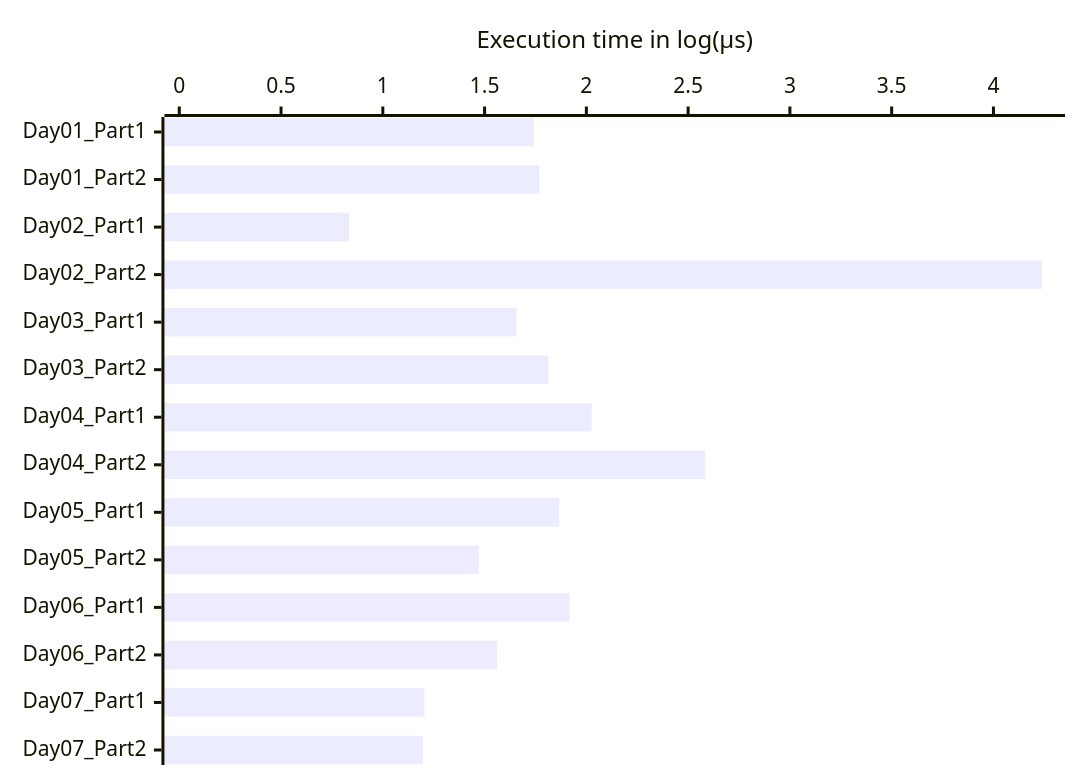
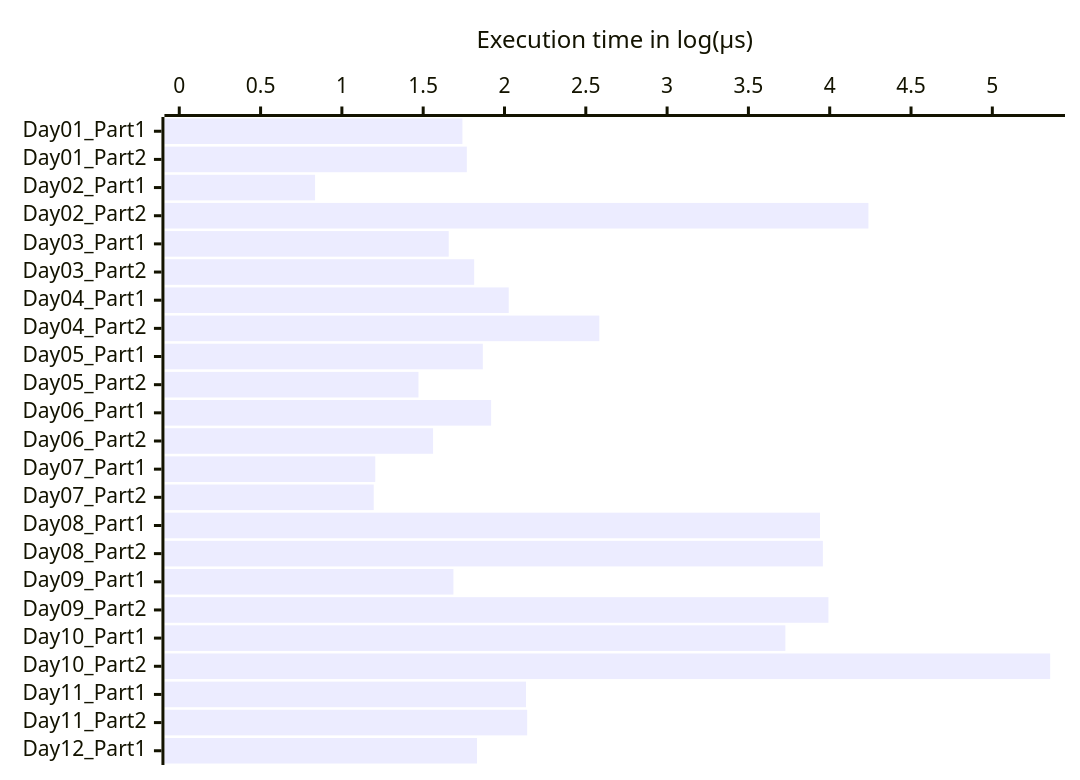
Before and after one commit to Raffy23/AoC_2025: the diagram in benchmarks.md, drawn with Mermaid. The commit also changed other lines of this file, not shown here.

Commit message:
chore: Add rest of benchmarks

````diff
--- a/benchmarks.md
+++ b/benchmarks.md
@@ -3,6 +3,6 @@
 ```mermaid
 xychart-beta horizontal
-    x-axis [Day01_Part1, Day01_Part2, Day02_Part1, Day02_Part2, Day03_Part1, Day03_Part2, Day04_Part1, Day04_Part2, Day05_Part1, Day05_Part2, Day06_Part1, Day06_Part2, Day07_Part1, Day07_Part2]
-    y-axis "Execution time in log(µs) "0 --> 4.2787
-    bar [1.7412, 1.7682, 0.8350, 4.2381, 1.6570, 1.8135, 2.0260, 2.5832, 1.8668, 1.4710, 1.9179, 1.5609, 1.2052, 1.1958]
+    x-axis [Day01_Part1, Day01_Part2, Day02_Part1, Day02_Part2, Day03_Part1, Day03_Part2, Day04_Part1, Day04_Part2, Day05_Part1, Day05_Part2, Day06_Part1, Day06_Part2, Day07_Part1, Day07_Part2, Day08_Part1, Day08_Part2, Day09_Part1, Day09_Part2, Day10_Part1, Day10_Part2, Day11_Part1, Day11_Part2, Day12_Part1]
+    y-axis "Execution time in log(µs) "0 --> 5.3557
+    bar [1.7412, 1.7682, 0.8350, 4.2381, 1.6570, 1.8135, 2.0260, 2.5832, 1.8668, 1.4710, 1.9179, 1.5609, 1.2052, 1.1958, 3.9400, 3.9579, 1.6858, 3.9921, 3.7272, 5.3557, 2.1320, 2.1394, 1.8309]
 ```
````
